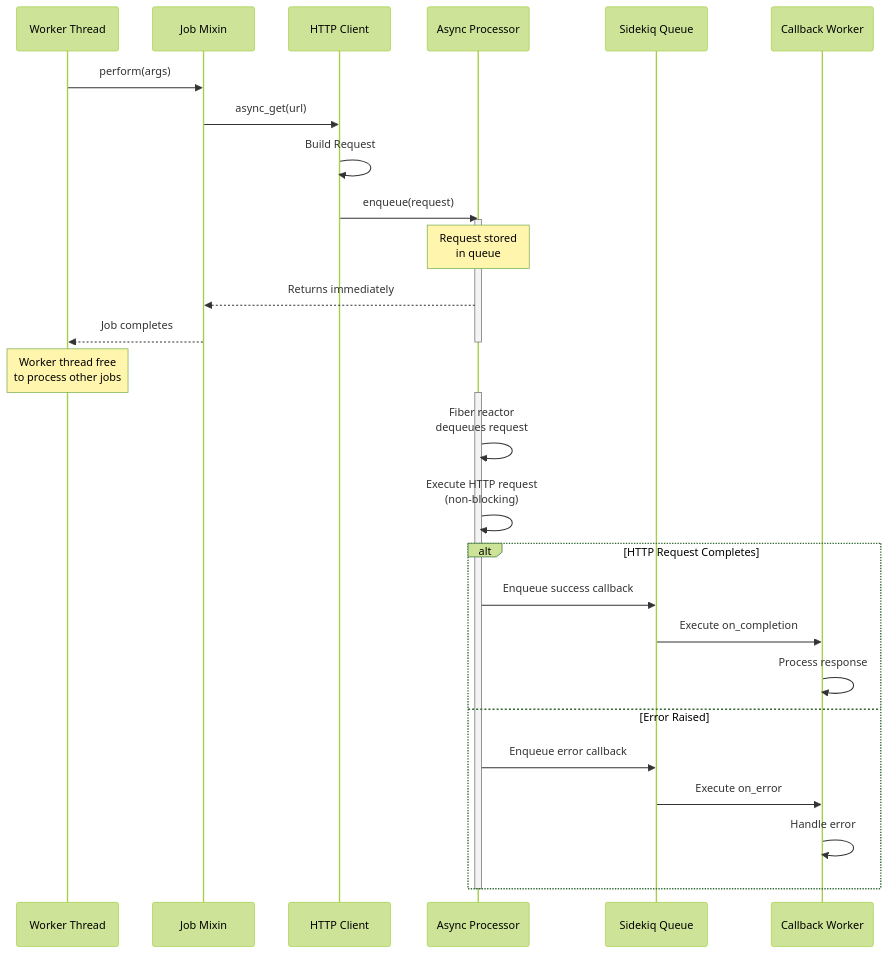
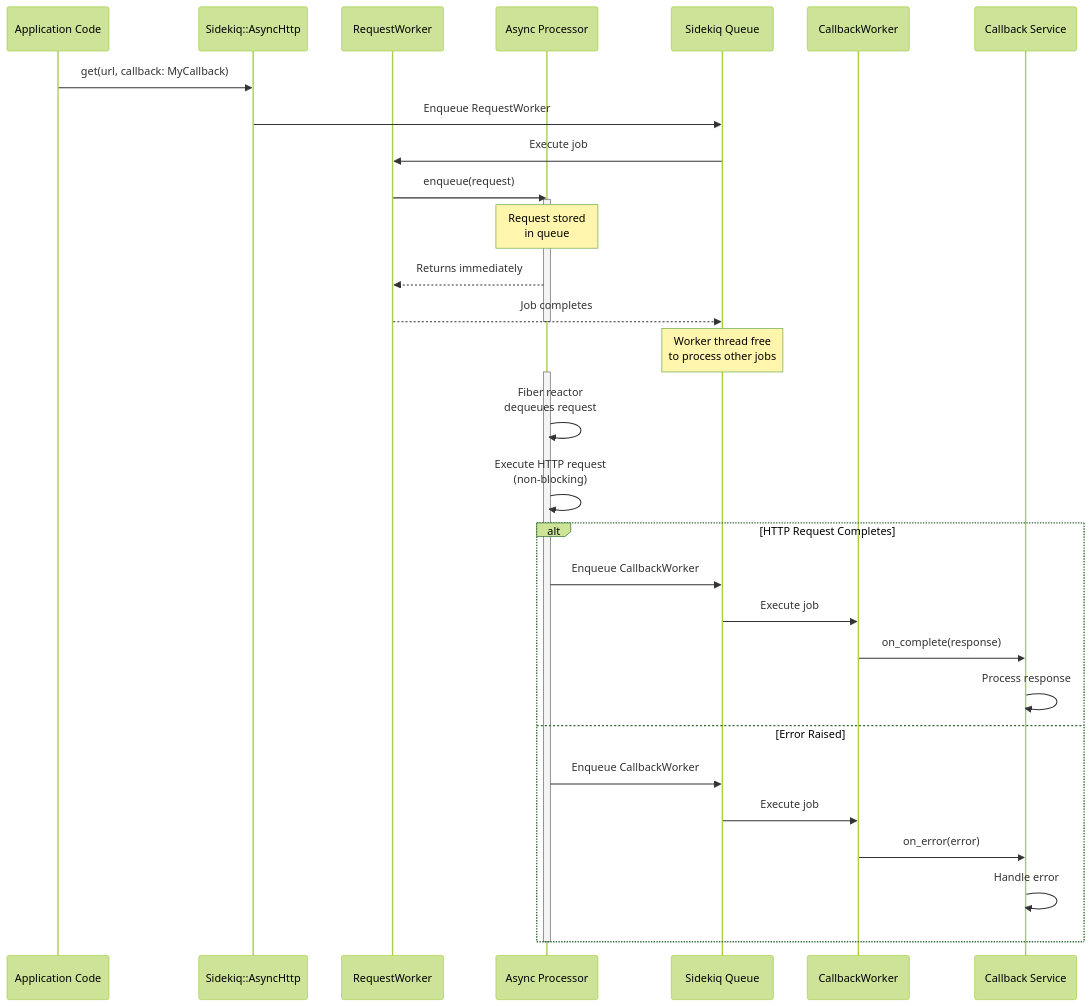
The first of 2 diagrams in ARCHITECTURE.md (bdurand/patient_http-sidekiq), drawn with Mermaid (forest theme) before and after one commit. The commit also changed other lines of this file and 6 other files, not shown here.

````diff
--- a/ARCHITECTURE.md
+++ b/ARCHITECTURE.md
@@ -64,36 +70,39 @@
 ```mermaid
 sequenceDiagram
-    participant Worker as Worker Thread
-    participant Job as Job Mixin
-    participant Client as HTTP Client
+    participant App as Application Code
+    participant Module as Sidekiq::AsyncHttp
+    participant ReqWorker as RequestWorker
     participant Processor as Async Processor
     participant Sidekiq as Sidekiq Queue
-    participant Callback as Callback Worker
+    participant CbWorker as CallbackWorker
+    participant Callback as Callback Service
 
-    Worker->>Job: perform(args)
-    Job->>Client: async_get(url)
-    Client->>Client: Build Request
-    Client->>Processor: enqueue(request)
+    App->>Module: get(url, callback: MyCallback)
+    Module->>Sidekiq: Enqueue RequestWorker
+    Sidekiq->>ReqWorker: Execute job
+    ReqWorker->>Processor: enqueue(request)
     activate Processor
     Note over Processor: Request stored<br/>in queue
-    Processor-->>Job: Returns immediately
-    Job-->>Worker: Job completes
+    Processor-->>ReqWorker: Returns immediately
+    ReqWorker-->>Sidekiq: Job completes
     deactivate Processor
 
-    Note over Worker: Worker thread free<br/>to process other jobs
+    Note over Sidekiq: Worker thread free<br/>to process other jobs
 
     activate Processor
     Processor->>Processor: Fiber reactor<br/>dequeues request
     Processor->>Processor: Execute HTTP request<br/>(non-blocking)
 
     alt HTTP Request Completes
-        Processor->>Sidekiq: Enqueue success callback
-        Sidekiq->>Callback: Execute on_completion
+        Processor->>Sidekiq: Enqueue CallbackWorker
+        Sidekiq->>CbWorker: Execute job
+        CbWorker->>Callback: on_complete(response)
         Callback->>Callback: Process response
     else Error Raised
-        Processor->>Sidekiq: Enqueue error callback
-        Sidekiq->>Callback: Execute on_error
+        Processor->>Sidekiq: Enqueue CallbackWorker
+        Sidekiq->>CbWorker: Execute job
+        CbWorker->>Callback: on_error(error)
         Callback->>Callback: Handle error
     end
     deactivate Processor
 ```
````
